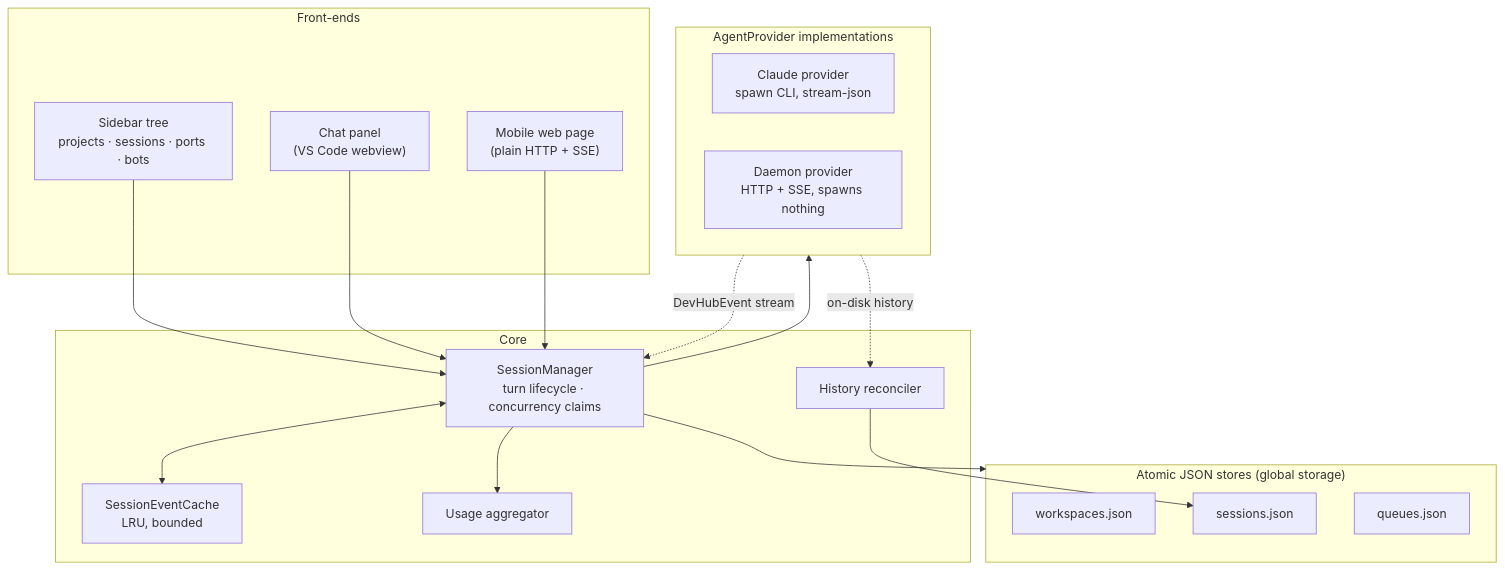
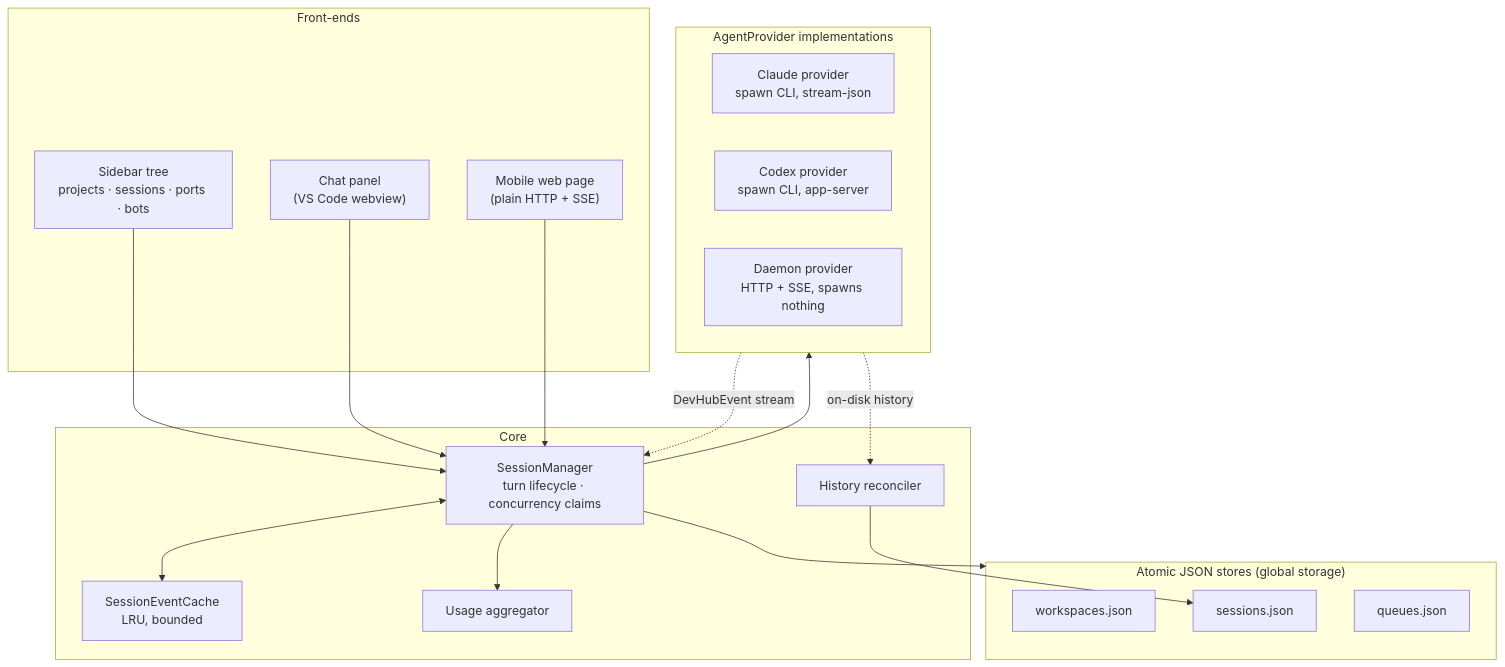
The first of 2 diagrams in docs/ARCHITECTURE.md (TyronNA/devhub-for-claude-code), drawn with Mermaid before and after one commit. The commit also changed 54 other files, not shown here.

````diff
--- a/docs/ARCHITECTURE.md
+++ b/docs/ARCHITECTURE.md
@@ -18,37 +18,38 @@
 ```mermaid
 flowchart TB
   subgraph FE["Front-ends"]
     TREE["Sidebar tree<br/>projects · sessions · ports · bots"]
     PANEL["Chat panel<br/>(VS Code webview)"]
     MOB["Mobile web page<br/>(plain HTTP + SSE)"]
   end
 
   subgraph CORE["Core"]
     SM["SessionManager<br/>turn lifecycle · concurrency claims"]
     CACHE["SessionEventCache<br/>LRU, bounded"]
     REC["History reconciler"]
     USE["Usage aggregator"]
   end
 
   subgraph PROV["AgentProvider implementations"]
     CL["Claude provider<br/>spawn CLI, stream-json"]
+    CX["Codex provider<br/>spawn CLI, app-server"]
     PL["Daemon provider<br/>HTTP + SSE, spawns nothing"]
   end
 
   subgraph STORE["Atomic JSON stores (global storage)"]
     WS["workspaces.json"]
     SS["sessions.json"]
     QS["queues.json"]
   end
 
   TREE --> SM
   PANEL --> SM
   MOB --> SM
   SM --> PROV
   SM <--> CACHE
   SM --> STORE
   REC --> SS
   PROV -. "DevHubEvent stream" .-> SM
   PROV -. "on-disk history" .-> REC
   SM --> USE
 ```
````
